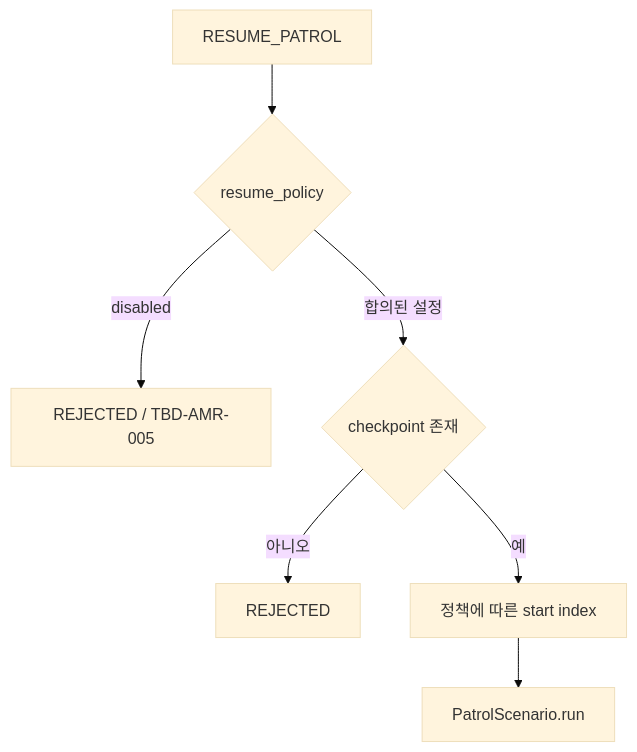
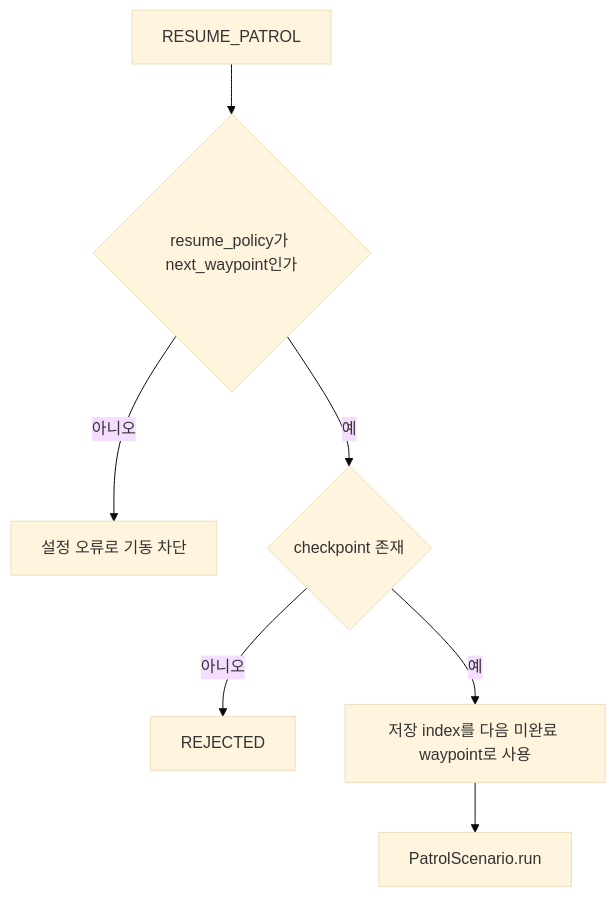
Before and after one commit to suuuhululu/patrol: diagram 13 of 29 in src/patrol_amr/docs/mission_navigation.md, drawn with Mermaid (base theme). The commit also changed other lines of this file and 22 other files, not shown here.

```diff
--- a/src/patrol_amr/docs/mission_navigation.md
+++ b/src/patrol_amr/docs/mission_navigation.md
@@ -317,9 +330,9 @@
 ~~~mermaid
 flowchart TD
-    A[RESUME_PATROL] --> B{resume_policy}
-    B -->|disabled| X[REJECTED / TBD-AMR-005]
-    B -->|합의된 설정| C{checkpoint 존재}
+    A[RESUME_PATROL] --> B{resume_policy가 next_waypoint인가}
+    B -->|아니오| X[설정 오류로 기동 차단]
+    B -->|예| C{checkpoint 존재}
     C -->|아니오| D[REJECTED]
-    C -->|예| E[정책에 따른 start index]
+    C -->|예| E[저장 index를 다음 미완료 waypoint로 사용]
     E --> F[PatrolScenario.run]
 ~~~
```
